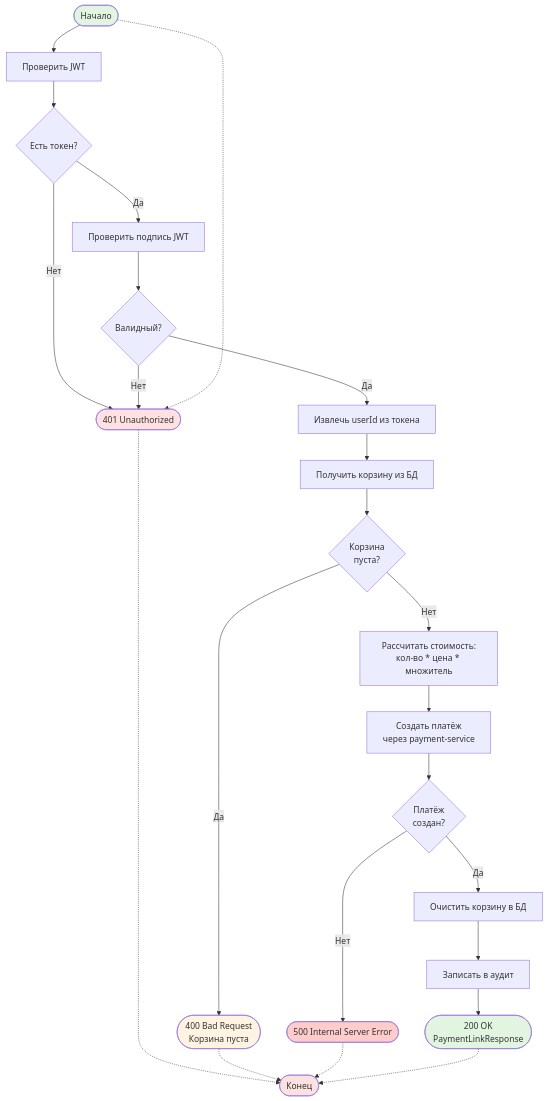
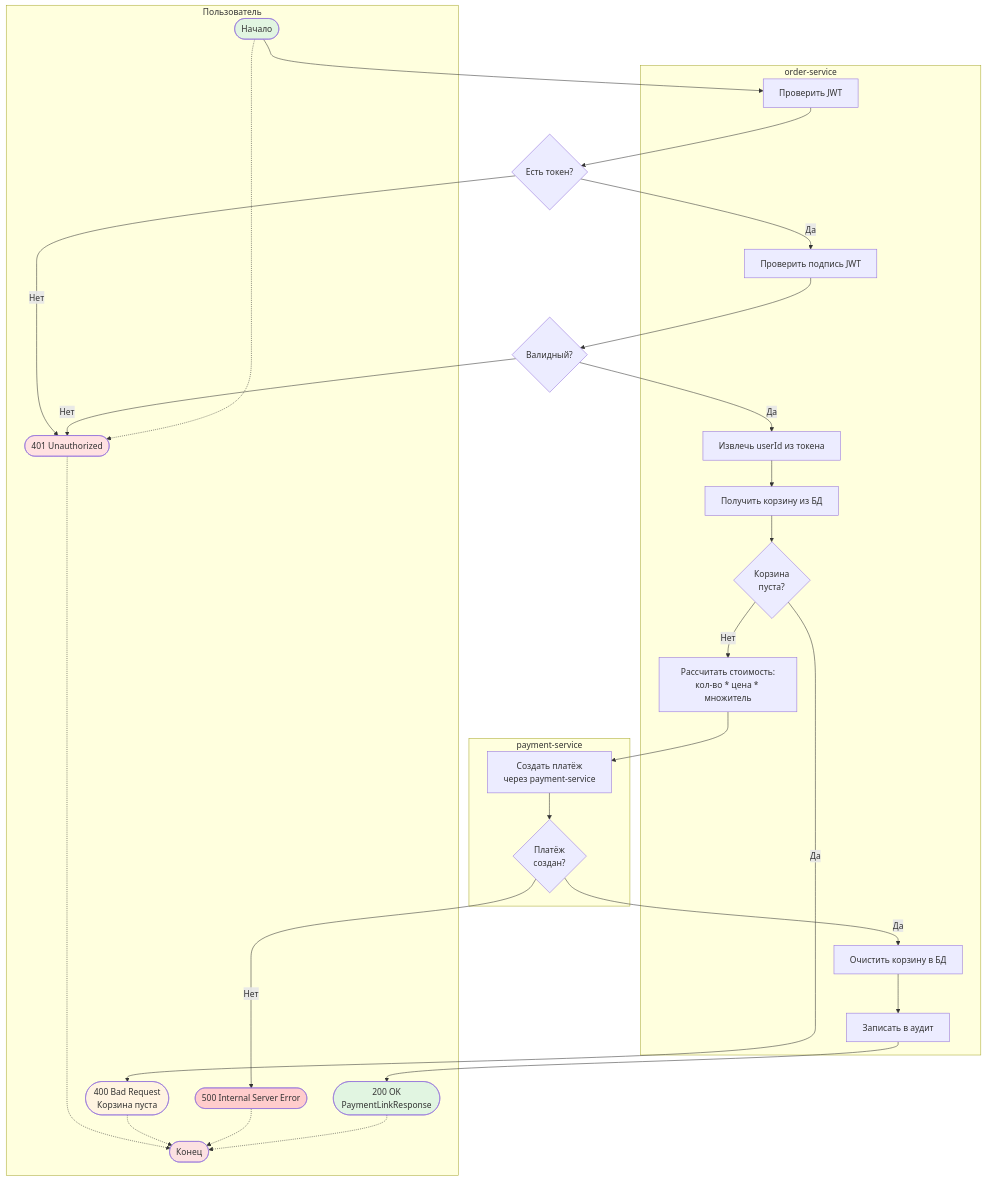
One commit to PawKorchagin/hrofos-domain-register changed the fourth of 9 diagrams in order-service/README.md. Above: the diagram before and after it, drawn with Mermaid. The commit also changed other lines of this file and 7 other files, not shown here.

````diff
--- a/order-service/README.md
+++ b/order-service/README.md
@@ -276,41 +254,66 @@
 ```mermaid
-flowchart TD
-    Start([Начало]) --> CheckAuth[Проверить JWT]
+flowchart TB
+    subgraph UserLane["         Пользователь"]
+        Start([Начало])
+        Return401([401 Unauthorized])
+        Return400([400 Bad Request<br/>Корзина пуста])
+        Return500([500 Internal Server Error])
+        Return200([200 OK<br/>PaymentLinkResponse])
+        End([Конец])
+    end
+
+    subgraph OrderLane["         order-service"]
+        CheckAuth[Проверить JWT]
+        Validate[Проверить подпись JWT]
+        GetUserId[Извлечь userId из токена]
+        FetchCart[Получить корзину из БД]
+        CartEmpty{Корзина<br/>пуста?}
+        CalcPrice[Рассчитать стоимость:<br/>кол-во * цена * множитель]
+        ClearCart[Очистить корзину в БД]
+        LogAudit[Записать в аудит]
+    end
+
+    subgraph PaymentLane["         payment-service"]
+        CreatePayment[Создать платёж<br/>через payment-service]
+        PaymentSuccess{Платёж<br/>создан?}
+    end
+
+    Start --> CheckAuth
 
     CheckAuth --> HasToken{Есть токен?}
-    HasToken -- Нет --> Return401([401 Unauthorized])
-    HasToken -- Да --> Validate[Проверить подпись JWT]
+    HasToken -- Нет --> Return401
+    HasToken -- Да --> Validate
 
     Validate --> IsValid{Валидный?}
-    IsValid -- Нет --> Return401([401 Unauthorized])
-    IsValid -- Да --> GetUserId[Извлечь userId из токена]
+    IsValid -- Нет --> Return401
+    IsValid -- Да --> GetUserId
 
-    GetUserId --> FetchCart[Получить корзину из БД]
+    GetUserId --> FetchCart
 
-    FetchCart --> CartEmpty{Корзина<br/>пуста?}
-    CartEmpty -- Да --> Return400([400 Bad Request<br/>Корзина пуста])
-    CartEmpty -- Нет --> CalcPrice[Рассчитать стоимость:<br/>кол-во * цена * множитель]
+    FetchCart --> CartEmpty
+    CartEmpty -- Да --> Return400
+    CartEmpty -- Нет --> CalcPrice
 
-    CalcPrice --> CreatePayment[Создать платёж<br/>через payment-service]
+    CalcPrice --> CreatePayment
 
-    CreatePayment --> PaymentSuccess{Платёж<br/>создан?}
-    PaymentSuccess -- Нет --> Return500([500 Internal Server Error])
-    PaymentSuccess -- Да --> ClearCart[Очистить корзину в БД]
+    CreatePayment --> PaymentSuccess
+    PaymentSuccess -- Нет --> Return500
+    PaymentSuccess -- Да --> ClearCart
 
-    ClearCart --> LogAudit[Записать в аудит]
+    ClearCart --> LogAudit
 
-    LogAudit --> Return200([200 OK<br/>PaymentLinkResponse])
+    LogAudit --> Return200
 
     Start -.-> Return401
-    Return401 -.-> End([Конец])
+    Return401 -.-> End
     Return400 -.-> End
     Return500 -.-> End
     Return200 -.-> End
 
     style Start fill:#e1f5e1
     style End fill:#fce1e1
     style Return200 fill:#e1f5e1
     style Return401 fill:#ffe1e1
     style Return400 fill:#fff4e1
     style Return500 fill:#ffcccc
 ```
````
